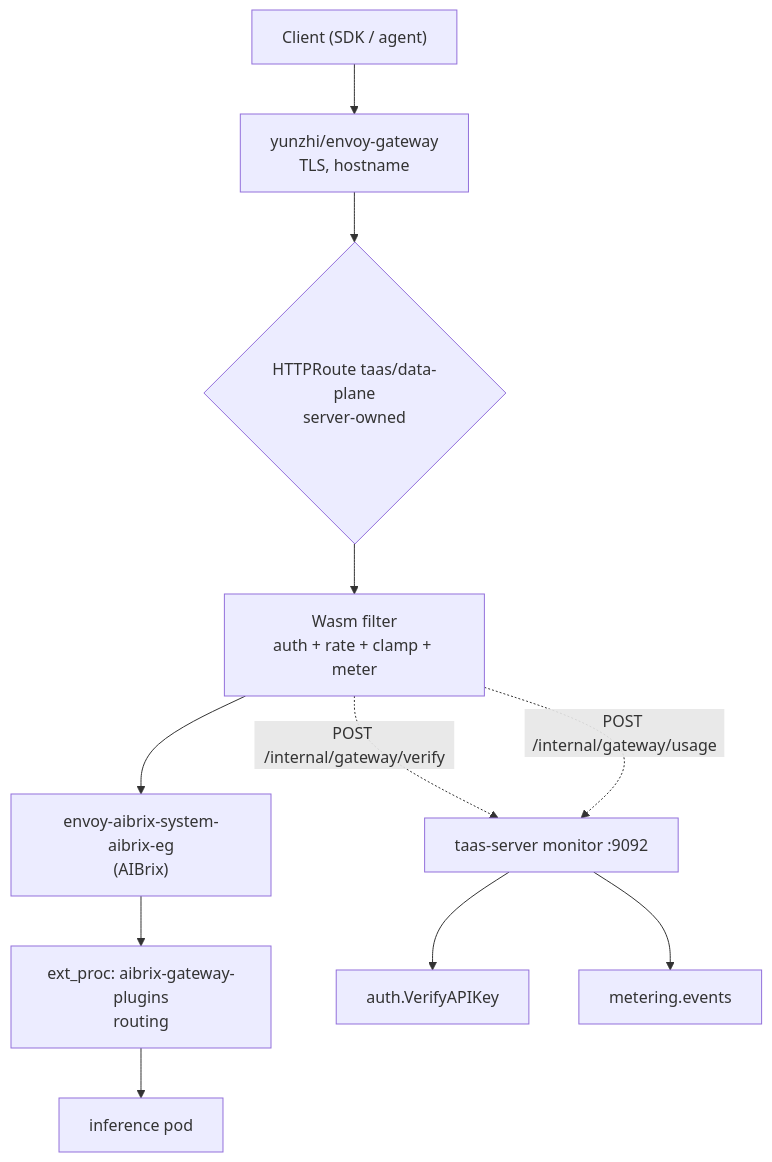
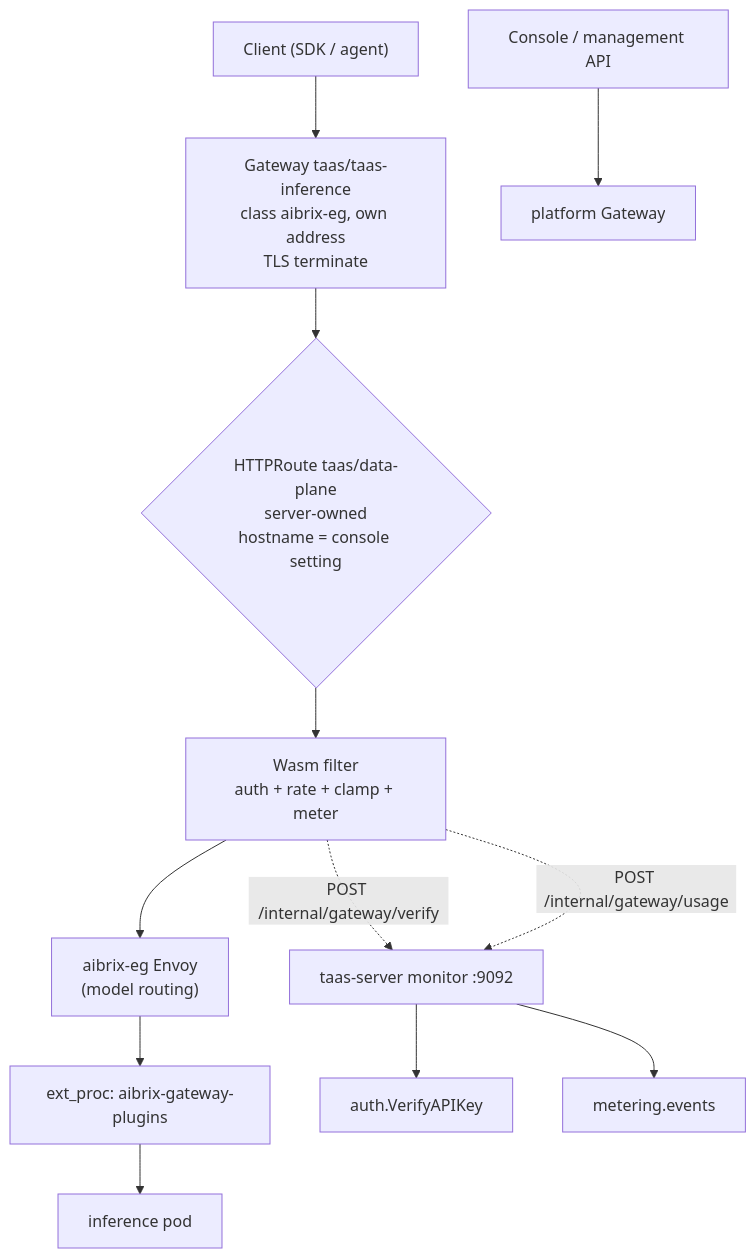
The first of 2 diagrams in site/docs/architecture/data-plane-gateway-plugin.md (go-taas/go-taas), drawn with Mermaid before and after one commit. The commit also changed other lines of this file and 6 other files, not shown here.

````diff
--- a/site/docs/architecture/data-plane-gateway-plugin.md
+++ b/site/docs/architecture/data-plane-gateway-plugin.md
@@ -55,13 +69,15 @@
 ```mermaid
 flowchart TD
-    C["Client (SDK / agent)"] --> EG["yunzhi/envoy-gateway<br/>TLS, hostname"]
-    EG --> DP{"HTTPRoute taas/data-plane<br/>server-owned"}
+    C["Client (SDK / agent)"] --> GW["Gateway taas/taas-inference<br/>class aibrix-eg, own address<br/>TLS terminate"]
+    GW --> DP{"HTTPRoute taas/data-plane<br/>server-owned<br/>hostname = console setting"}
     DP --> WASM["Wasm filter<br/>auth + rate + clamp + meter"]
-    WASM --> AIB["envoy-aibrix-system-aibrix-eg<br/>(AIBrix)"]
-    AIB --> EXT["ext_proc: aibrix-gateway-plugins<br/>routing"]
+    WASM --> AIB["aibrix-eg Envoy<br/>(model routing)"]
+    AIB --> EXT["ext_proc: aibrix-gateway-plugins"]
     EXT --> POD["inference pod"]
     WASM -.->|POST /internal/gateway/verify| API["taas-server monitor :9092"]
     WASM -.->|POST /internal/gateway/usage| API
     API --> AUTH["auth.VerifyAPIKey"]
     API --> MQ["metering.events"]
+
+    CON["Console / management API"] --> PGW["platform Gateway"]
 ```
````
